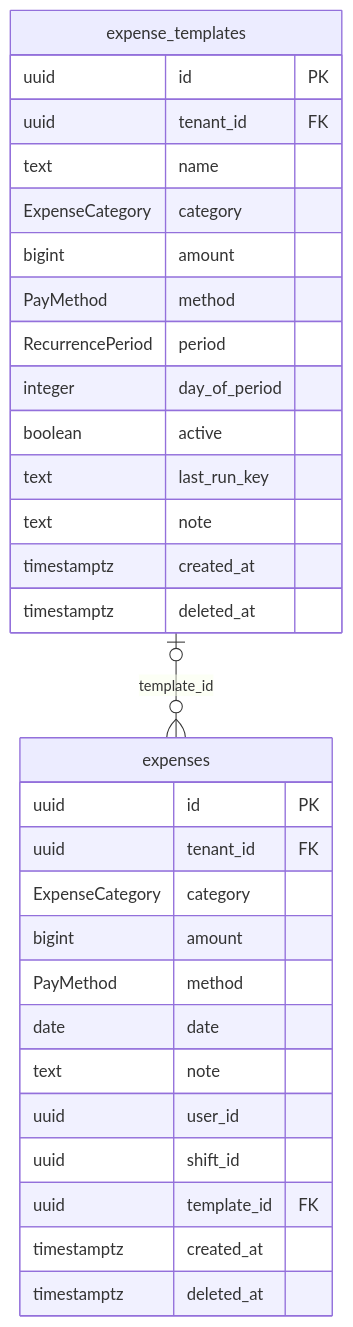
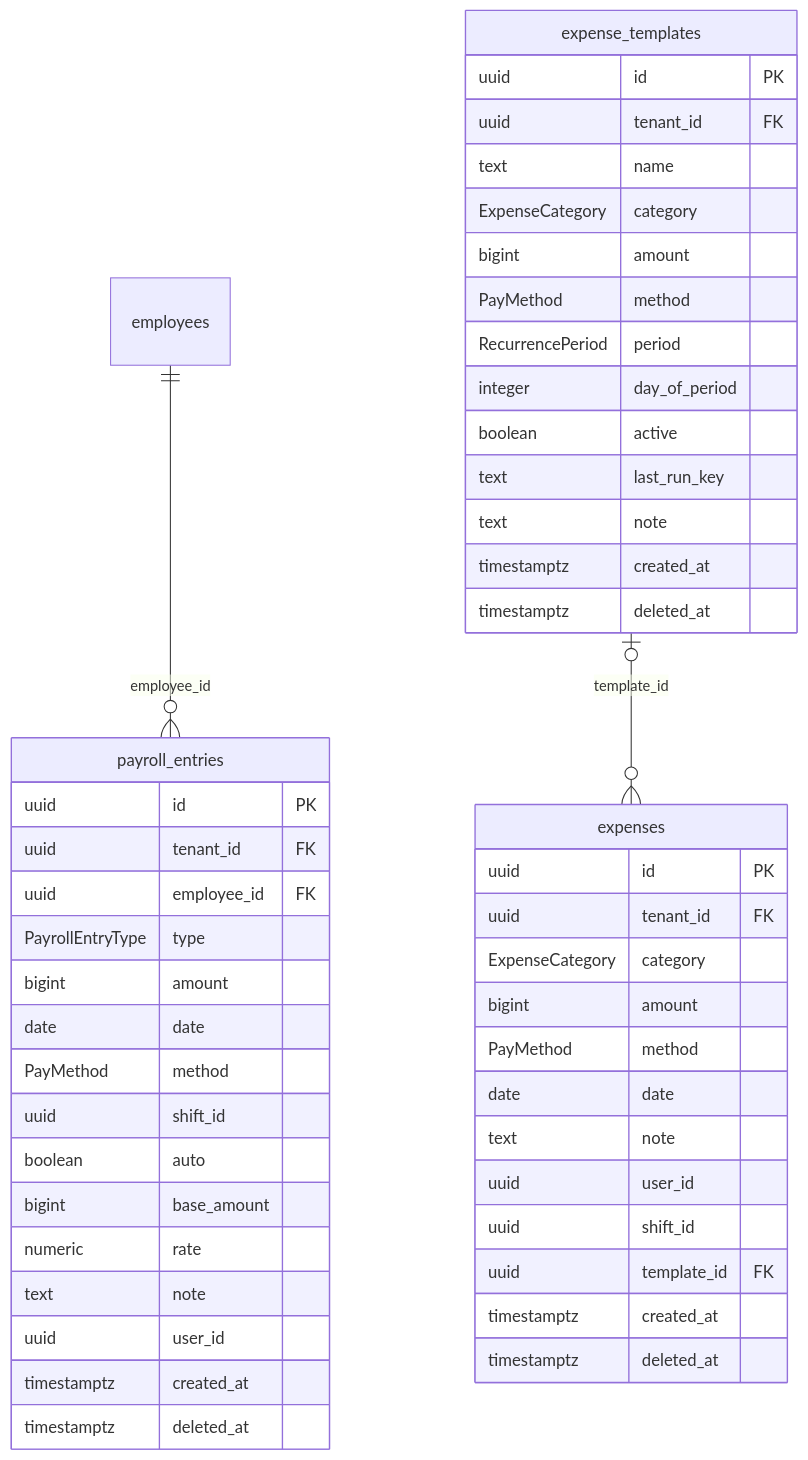
One commit to Ulugbek-Mominjonov/crm-api changed the sixth of 10 diagrams in docs/database/README.md. Above: the diagram before and after it, drawn with Mermaid. The commit also changed other lines of this file and 33 other files, not shown here.

````diff
--- a/docs/database/README.md
+++ b/docs/database/README.md
@@ -1243,33 +1250,51 @@
 ```mermaid
 erDiagram
+    employees ||--o{ payroll_entries : "employee_id"
     expense_templates |o--o{ expenses : "template_id"
     expenses {
         uuid id PK
         uuid tenant_id FK
         ExpenseCategory category
         bigint amount
         PayMethod method
         date date
         text note
         uuid user_id
         uuid shift_id
         uuid template_id FK
         timestamptz created_at
         timestamptz deleted_at
     }
     expense_templates {
         uuid id PK
         uuid tenant_id FK
         text name
         ExpenseCategory category
         bigint amount
         PayMethod method
         RecurrencePeriod period
         integer day_of_period
         boolean active
         text last_run_key
         text note
         timestamptz created_at
         timestamptz deleted_at
     }
+    payroll_entries {
+        uuid id PK
+        uuid tenant_id FK
+        uuid employee_id FK
+        PayrollEntryType type
+        bigint amount
+        date date
+        PayMethod method
+        uuid shift_id
+        boolean auto
+        bigint base_amount
+        numeric rate
+        text note
+        uuid user_id
+        timestamptz created_at
+        timestamptz deleted_at
+    }
 ```
````
